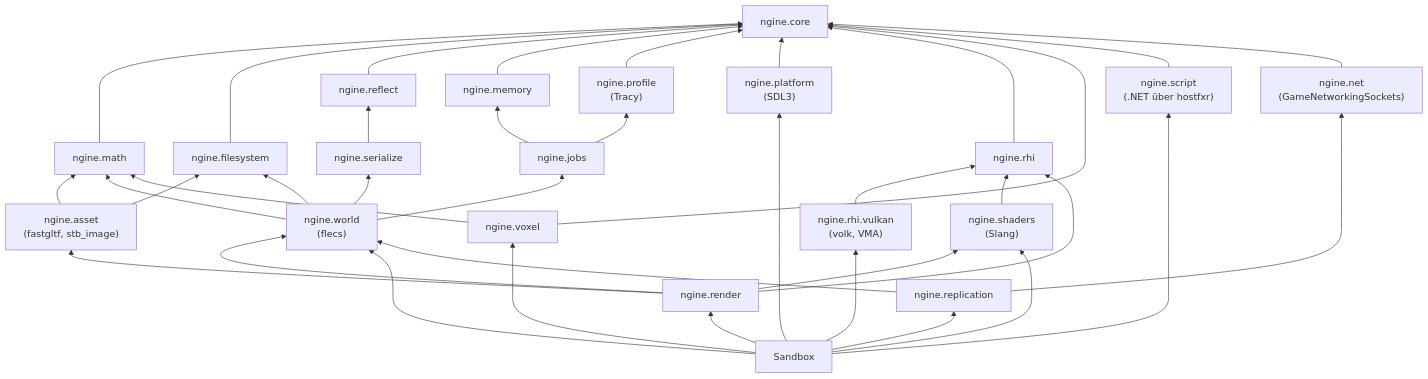
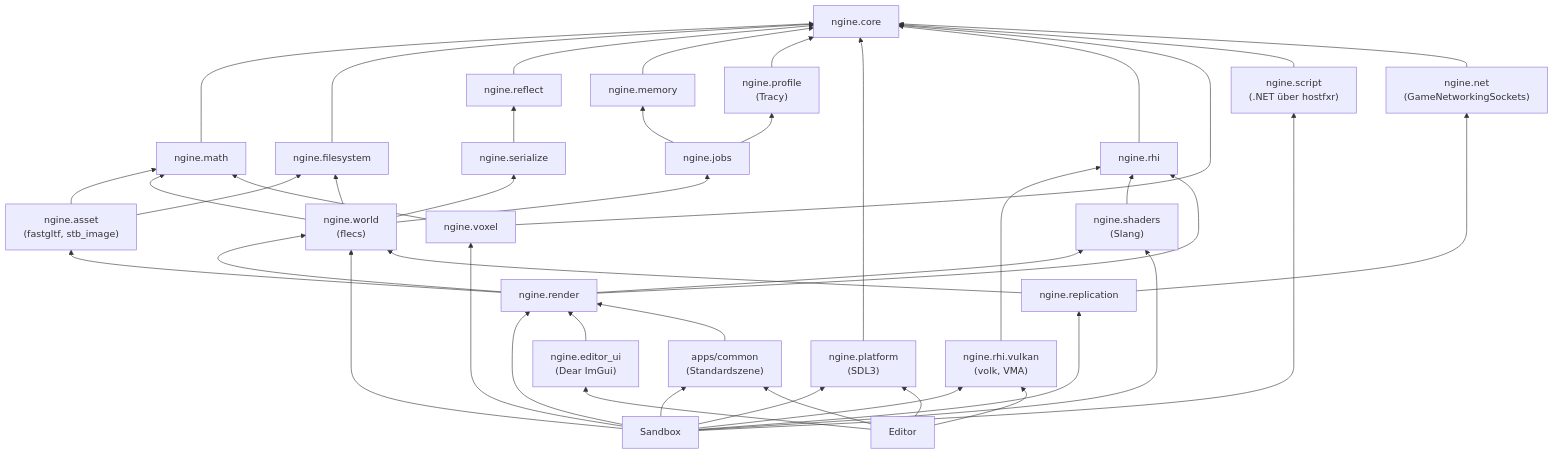
One commit to viiez/ngine changed the second of 14 diagrams in docs/architecture.md. Above: the diagram before and after it, drawn with Mermaid. The commit also changed other lines of this file and 54 other files, not shown here.

First line of the commit message:
R2.1: Editor-Gerüst mit Dear ImGui, Viewport und Log-Konsole

````diff
--- a/docs/architecture.md
+++ b/docs/architecture.md
@@ -50,59 +52,69 @@
 ```mermaid
 flowchart BT
     core["ngine.core"]
     memory["ngine.memory"]
     jobs["ngine.jobs"]
     profile["ngine.profile<br/>(Tracy)"]
     platform["ngine.platform<br/>(SDL3)"]
     rhi["ngine.rhi"]
     vulkan["ngine.rhi.vulkan<br/>(volk, VMA)"]
     shaders["ngine.shaders<br/>(Slang)"]
     fs["ngine.filesystem"]
     reflect["ngine.reflect"]
     serialize["ngine.serialize"]
     world["ngine.world<br/>(flecs)"]
     voxel["ngine.voxel"]
     script["ngine.script<br/>(.NET über hostfxr)"]
     net["ngine.net<br/>(GameNetworkingSockets)"]
     replication["ngine.replication"]
     sandbox["Sandbox"]
+    editor["Editor"]
+    common["apps/common<br/>(Standardszene)"]
+    editor_ui["ngine.editor_ui<br/>(Dear ImGui)"]
     math["ngine.math"]
     render["ngine.render"]
     asset["ngine.asset<br/>(fastgltf, stb_image)"]
     math --> core
     asset --> math
     asset --> fs
     render --> asset
     render --> world
     render --> shaders
     world --> math
     voxel --> math
     fs --> core
     reflect --> core
     serialize --> reflect
     world --> serialize
     world --> jobs
     world --> fs
     memory --> core
     jobs --> memory
     jobs --> profile
     profile --> core
     platform --> core
     rhi --> core
     vulkan --> rhi
     shaders --> rhi
     render --> rhi
     sandbox --> render
     sandbox --> platform
     sandbox --> vulkan
     sandbox --> shaders
     sandbox --> world
     voxel --> core
     sandbox --> voxel
     script --> core
     sandbox --> script
     net --> core
     replication --> net
     replication --> world
     sandbox --> replication
+    editor_ui --> render
+    sandbox --> common
+    editor --> common
+    common --> render
+    editor --> editor_ui
+    editor --> platform
+    editor --> vulkan
 ```
````
